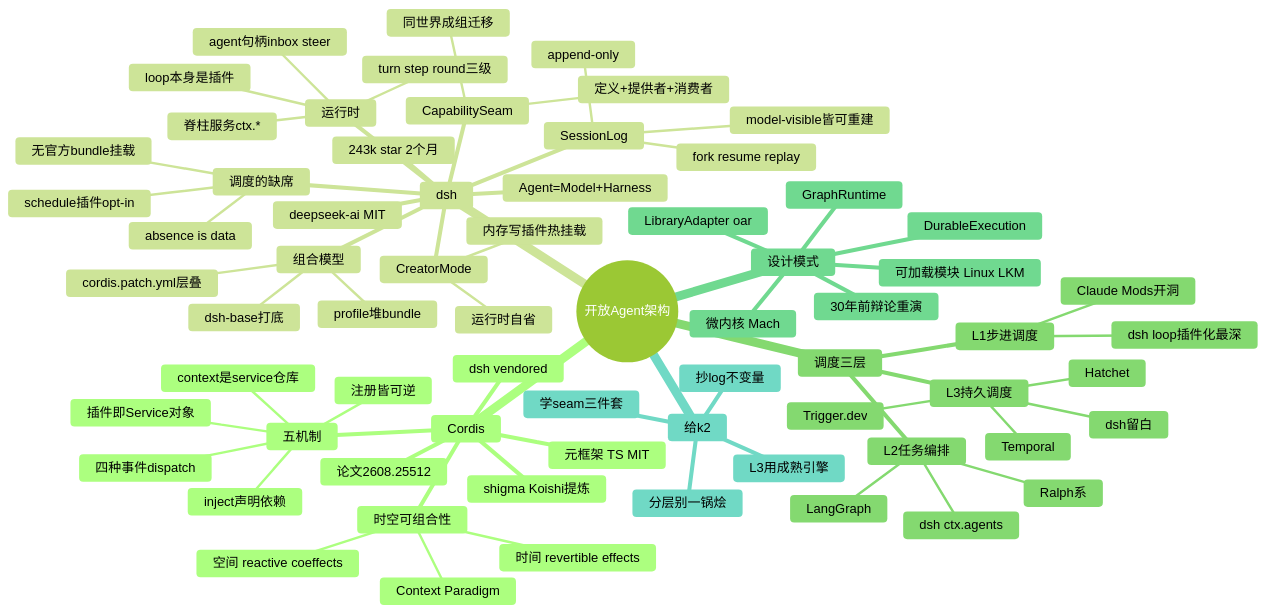
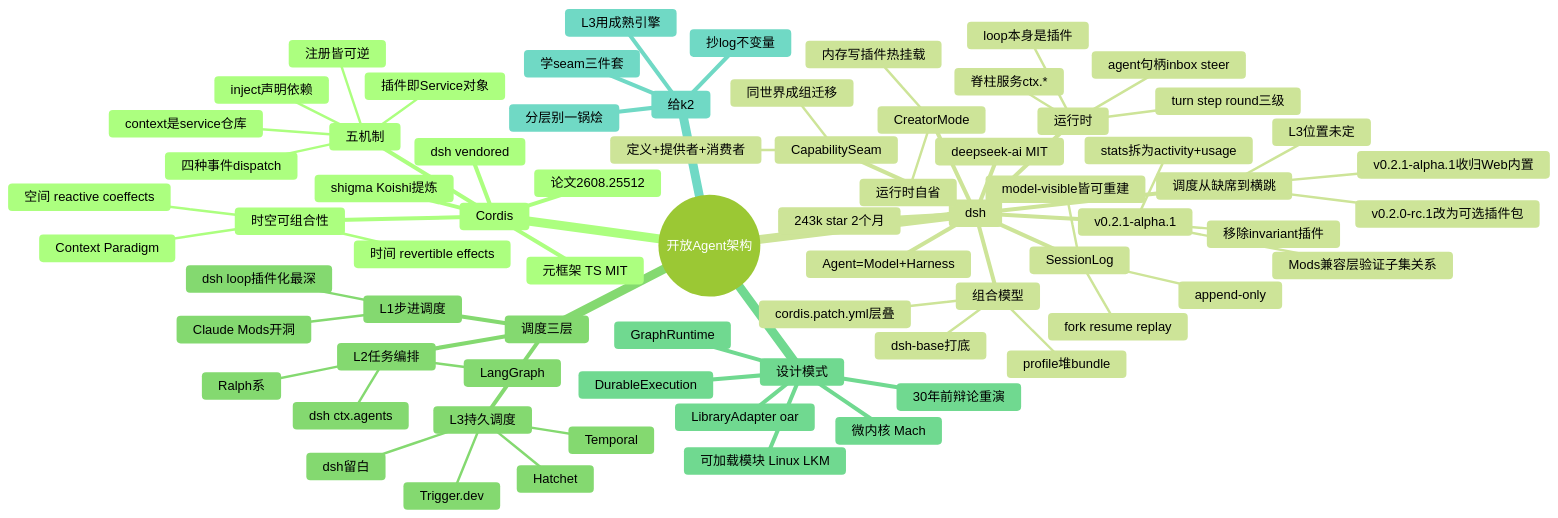
The diagram in README.md (ringozzt/open-agent-arch-research), drawn with Mermaid (forest theme) before and after one commit. The commit also changed other lines of this file, not shown here.

Commit message:
update: dsh v0.2.1-alpha.1 (Mods compat layer, scheduling, breaking changes)

````diff
--- a/README.md
+++ b/README.md
@@ -119,71 +125,75 @@
 ```mermaid
 mindmap
   root((开放Agent架构))
     Cordis
       元框架 TS MIT
       shigma Koishi提炼
       论文2608.25512
       时空可组合性
         时间 revertible effects
         空间 reactive coeffects
         Context Paradigm
       五机制
         插件即Service对象
         context是service仓库
         inject声明依赖
         四种事件dispatch
         注册皆可逆
       dsh vendored
     dsh
       deepseek-ai MIT
       243k star 2个月
       Agent=Model+Harness
       组合模型
         profile堆bundle
         cordis.patch.yml层叠
         dsh-base打底
       运行时
         turn step round三级
         脊柱服务ctx.*
         agent句柄inbox steer
         loop本身是插件
       SessionLog
         append-only
         model-visible皆可重建
         fork resume replay
       CapabilitySeam
         定义+提供者+消费者
         同世界成组迁移
       CreatorMode
         运行时自省
         内存写插件热挂载
-      调度的缺席
-        schedule插件opt-in
-        无官方bundle挂载
-        absence is data
+      调度从缺席到横跳
+        v0.2.0-rc.1改为可选插件包
+        v0.2.1-alpha.1收归Web内置
+        L3位置未定
+      v0.2.1-alpha.1
+        Mods兼容层验证子集关系
+        移除invariant插件
+        stats拆为activity+usage
     调度三层
       L1步进调度
         dsh loop插件化最深
         Claude Mods开洞
       L2任务编排
         dsh ctx.agents
         LangGraph
         Ralph系
       L3持久调度
         Temporal
         Hatchet
         Trigger.dev
         dsh留白
     设计模式
       微内核 Mach
       可加载模块 Linux LKM
       DurableExecution
       GraphRuntime
       LibraryAdapter oar
       30年前辩论重演
     给k2
       分层别一锅烩
       L3用成熟引擎
       学seam三件套
       抄log不变量
 ```
````
